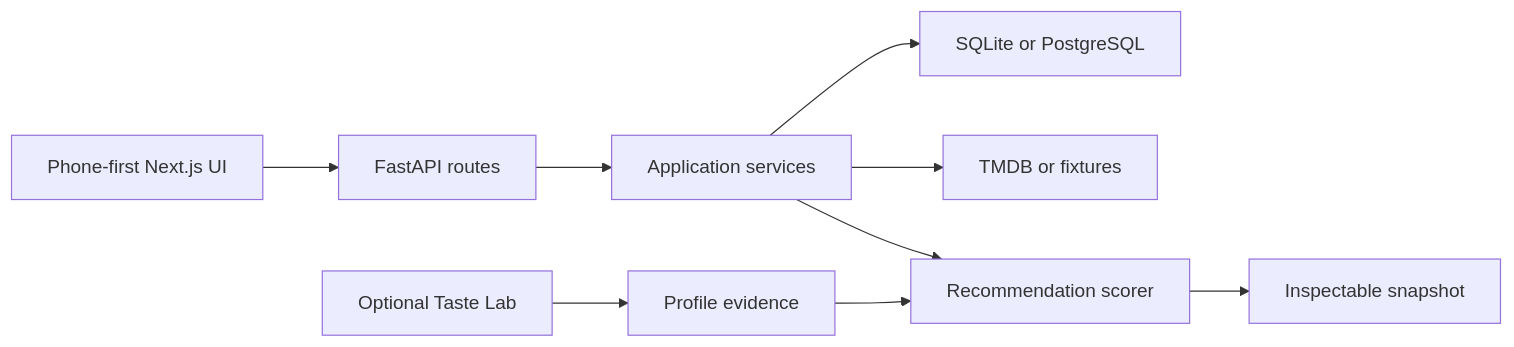
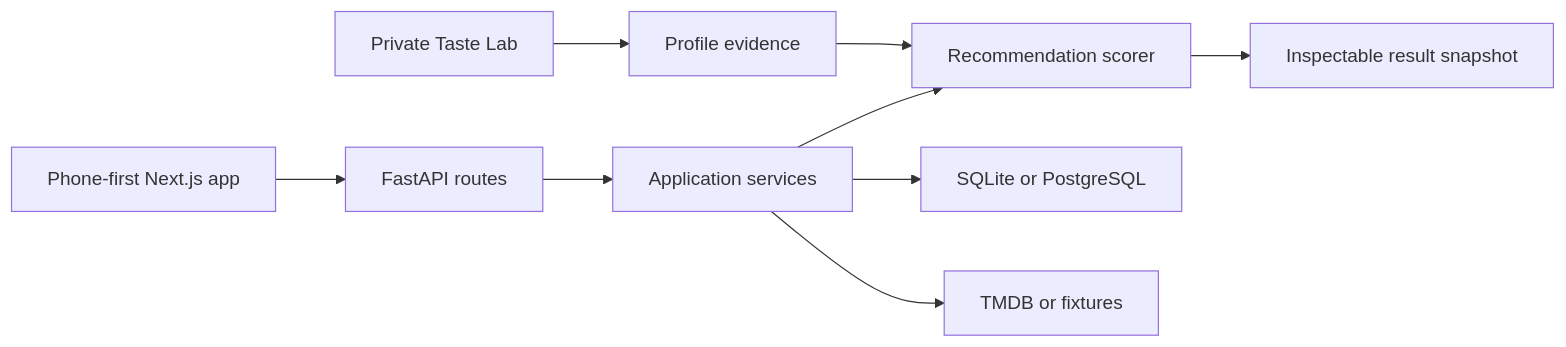
The diagram in README.md (czzzry/watchsignal), drawn with Mermaid before and after one commit. The commit also changed other lines of this file and 6 other files, not shown here.

````diff
--- a/README.md
+++ b/README.md
@@ -111,11 +171,11 @@
 ```mermaid
 flowchart LR
-    A[Phone-first Next.js UI] --> B[FastAPI routes]
+    A[Phone-first Next.js app] --> B[FastAPI routes]
     B --> C[Application services]
-    C --> D[SQLite or PostgreSQL]
-    C --> E[TMDB or fixtures]
-    C --> F[Recommendation scorer]
-    G[Optional Taste Lab] --> H[Profile evidence]
-    H --> F
-    F --> I[Inspectable snapshot]
+    C --> D[Recommendation scorer]
+    C --> E[SQLite or PostgreSQL]
+    C --> F[TMDB or fixtures]
+    G[Private Taste Lab] --> H[Profile evidence]
+    H --> D
+    D --> I[Inspectable result snapshot]
 ```
````
